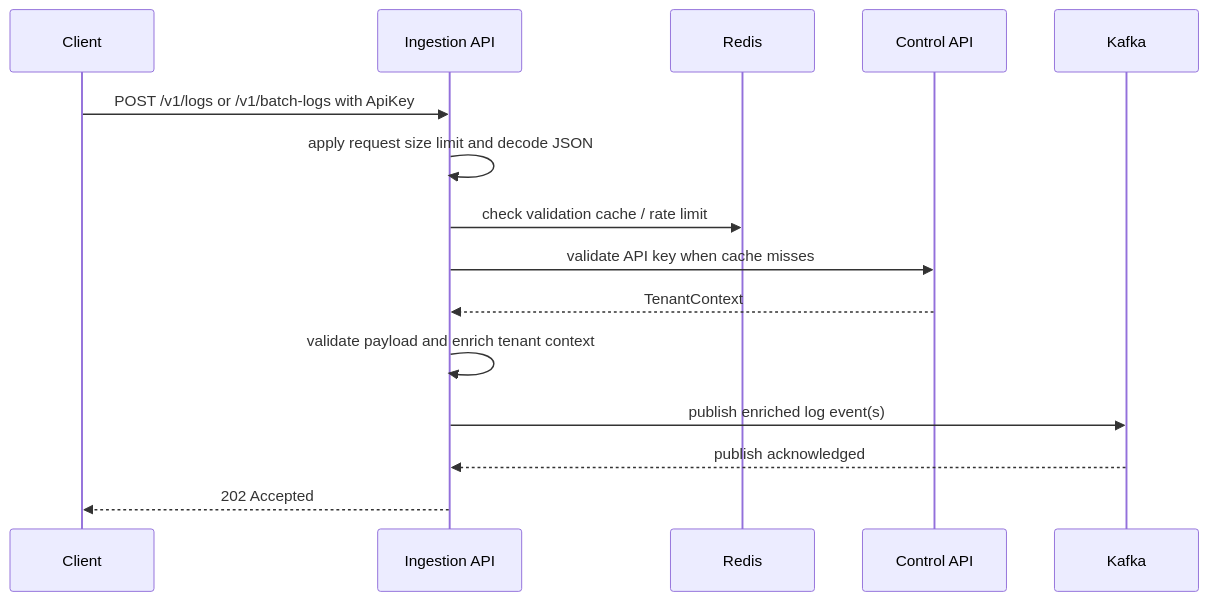
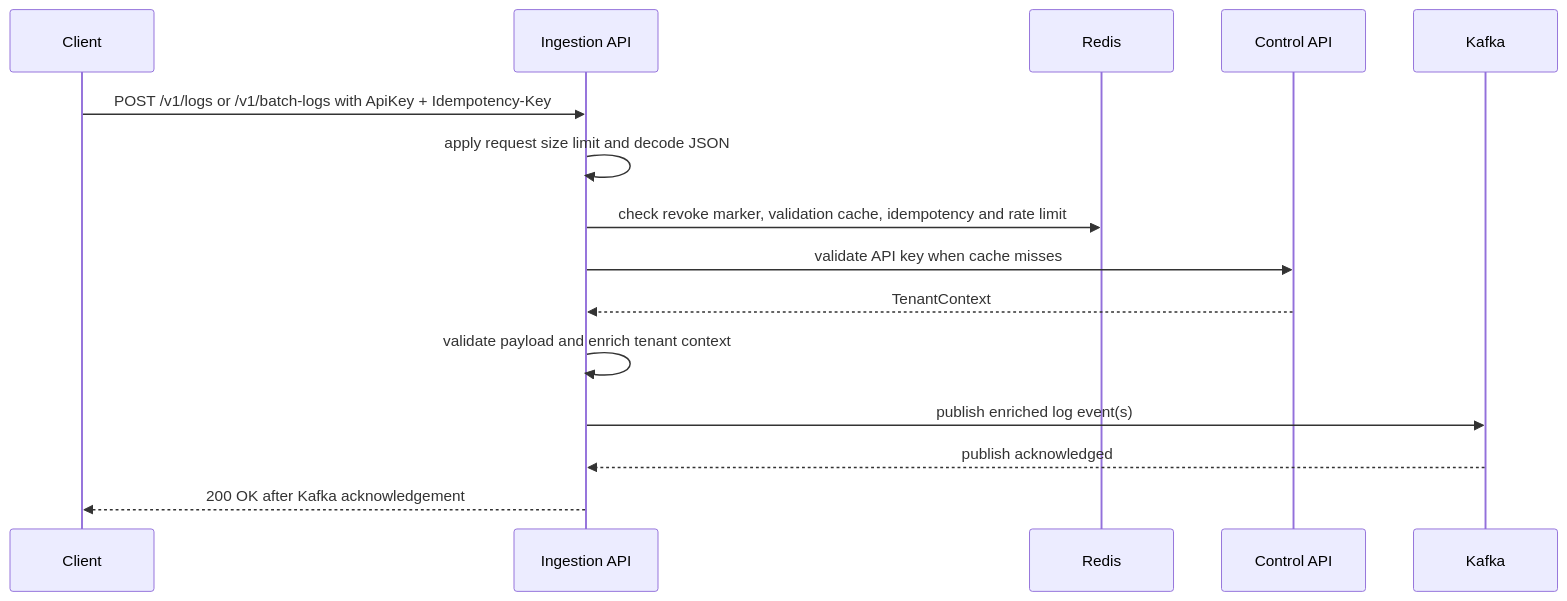
The sixth of 7 diagrams in system-design/04-low-level-design.md (T-Hank2712/TraceFlow), drawn with Mermaid before and after one commit. The commit also changed other lines of this file and 27 other files, not shown here.

````diff
--- a/system-design/04-low-level-design.md
+++ b/system-design/04-low-level-design.md
@@ -353,18 +354,18 @@
 ```mermaid
 sequenceDiagram
     participant Client
     participant Ingestion as Ingestion API
     participant Redis as Redis
     participant Control as Control API
     participant Kafka
 
-    Client->>Ingestion: POST /v1/logs or /v1/batch-logs with ApiKey
+    Client->>Ingestion: POST /v1/logs or /v1/batch-logs with ApiKey + Idempotency-Key
     Ingestion->>Ingestion: apply request size limit and decode JSON
-    Ingestion->>Redis: check validation cache / rate limit
+    Ingestion->>Redis: check revoke marker, validation cache, idempotency and rate limit
     Ingestion->>Control: validate API key when cache misses
     Control-->>Ingestion: TenantContext
     Ingestion->>Ingestion: validate payload and enrich tenant context
     Ingestion->>Kafka: publish enriched log event(s)
     Kafka-->>Ingestion: publish acknowledged
-    Ingestion-->>Client: 202 Accepted
+    Ingestion-->>Client: 200 OK after Kafka acknowledgement
 ```
````
